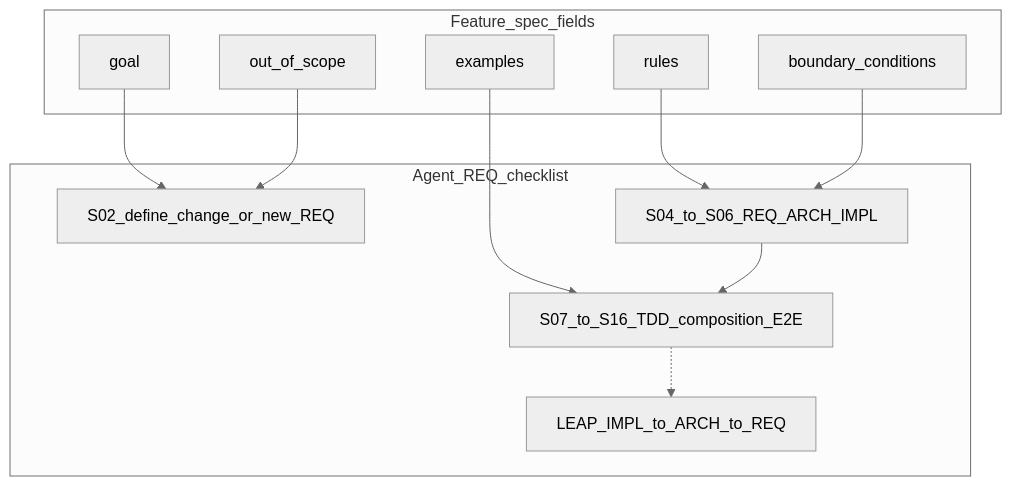
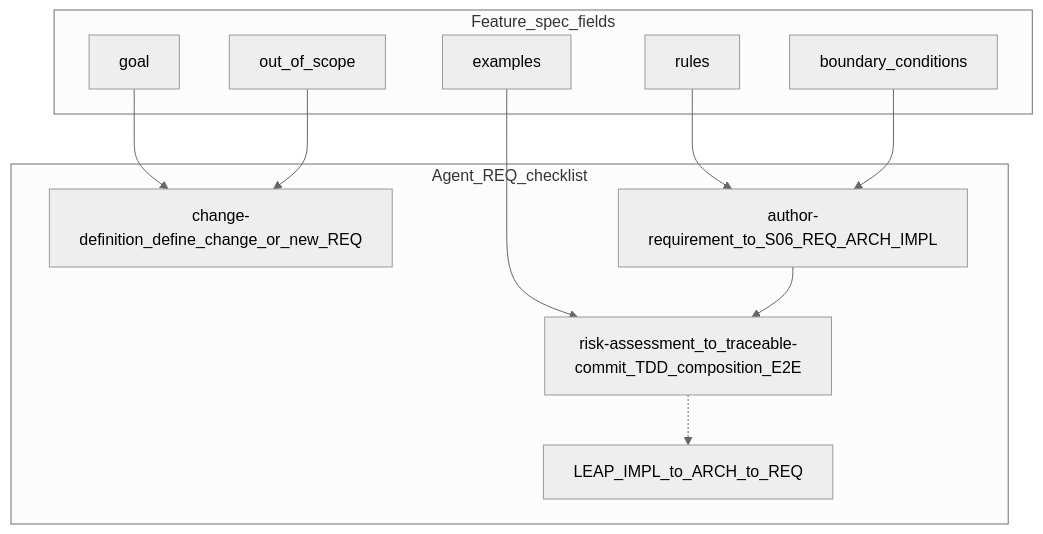
The second of 5 diagrams in README.md (fareedst/tied), drawn with Mermaid (neutral theme) before and after one commit. The commit also changed other lines of this file and 209 other files, not shown here.

````diff
--- a/README.md
+++ b/README.md
@@ -91,23 +91,23 @@
 ```mermaid
 flowchart TB
     subgraph specEntry ["Feature_spec_fields"]
         goal["goal"]
         rules["rules"]
         examples["examples"]
         boundary["boundary_conditions"]
         outScope["out_of_scope"]
     end
     subgraph checklistMap ["Agent_REQ_checklist"]
-        S02["S02_define_change_or_new_REQ"]
-        S04["S04_to_S06_REQ_ARCH_IMPL"]
-        S07["S07_to_S16_TDD_composition_E2E"]
+        change-definition["change-definition_define_change_or_new_REQ"]
+        author-requirement["author-requirement_to_S06_REQ_ARCH_IMPL"]
+        risk-assessment["risk-assessment_to_traceable-commit_TDD_composition_E2E"]
         leapNode["LEAP_IMPL_to_ARCH_to_REQ"]
     end
-    goal --> S02
-    rules --> S04
-    boundary --> S04
-    outScope --> S02
-    examples --> S07
-    S07 -.-> leapNode
-    S04 --> S07
+    goal --> change-definition
+    rules --> author-requirement
+    boundary --> author-requirement
+    outScope --> change-definition
+    examples --> risk-assessment
+    risk-assessment -.-> leapNode
+    author-requirement --> risk-assessment
 ```
````
